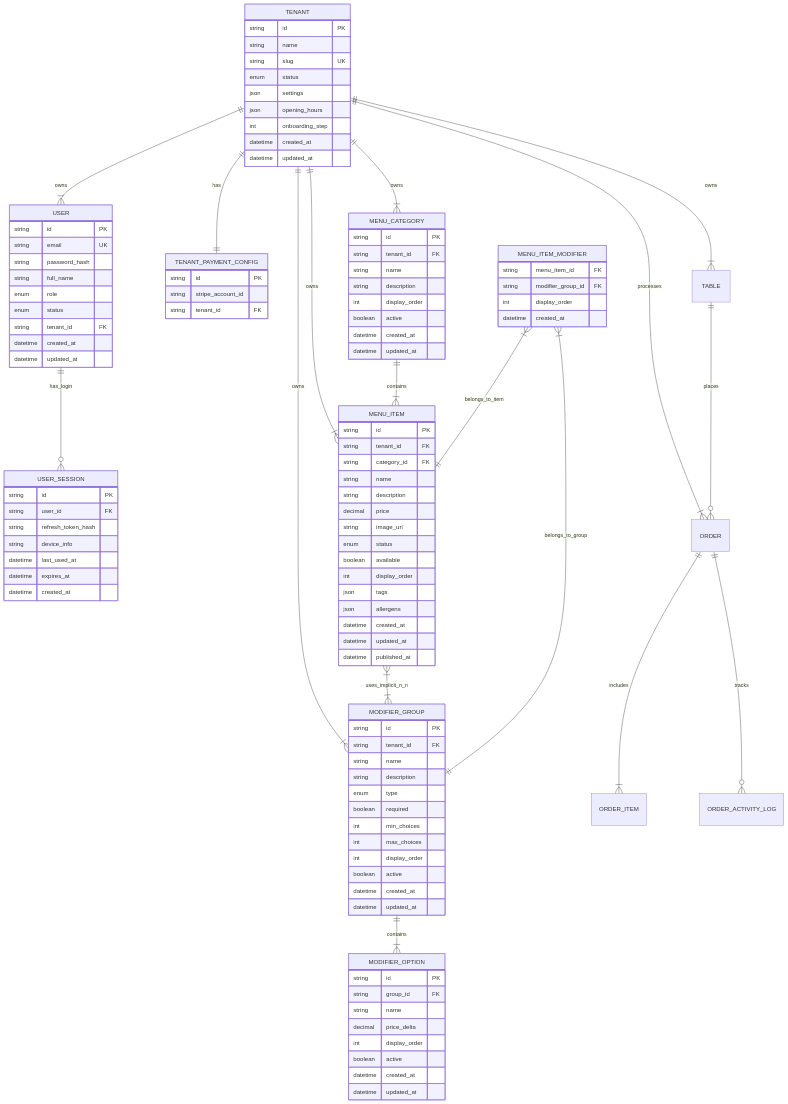
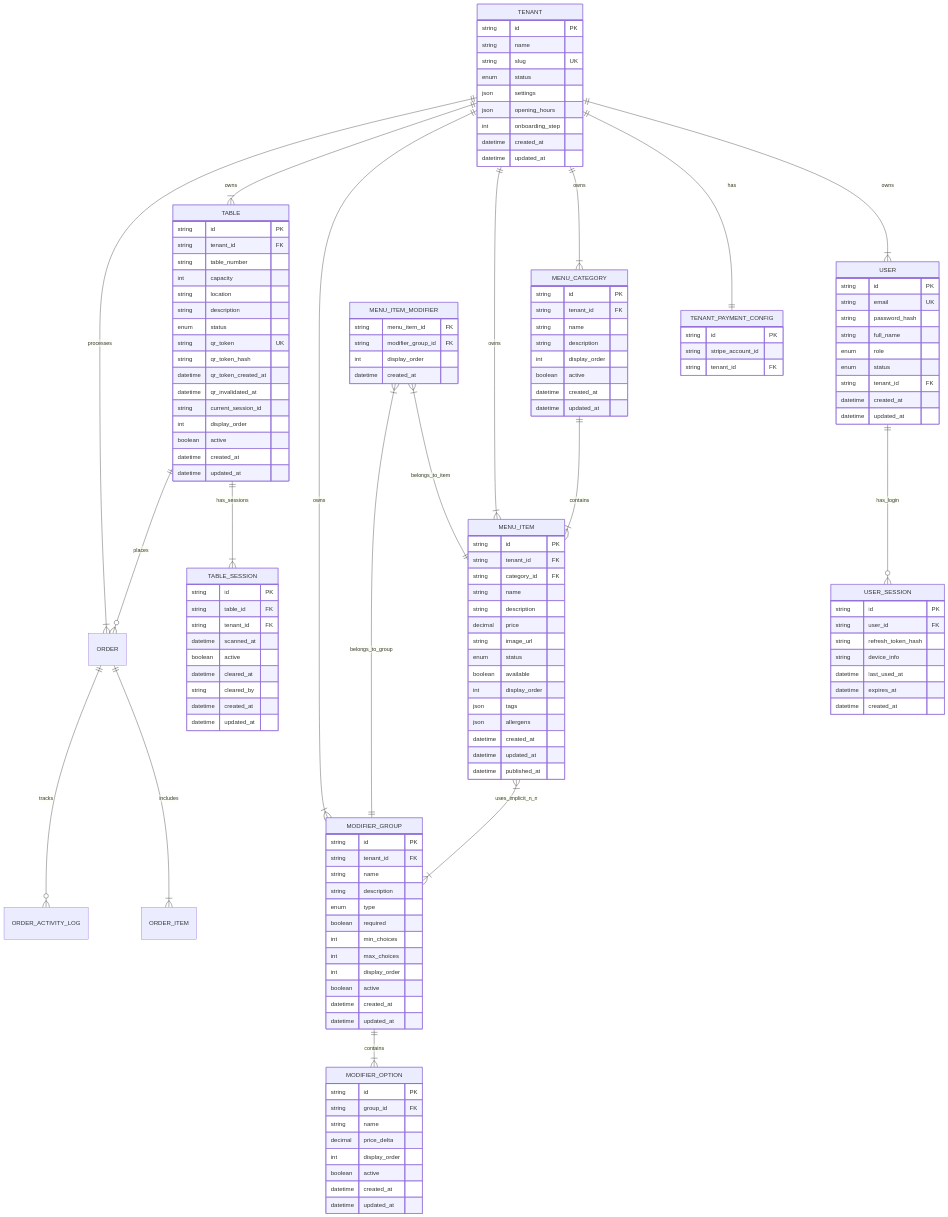
The diagram in docs/backend/database/er_diagram.md (tkob-team/TKOB_QROrderSystem), drawn with Mermaid before and after one commit. The commit also changed 1 other file, not shown here.

Commit message:
docs: update ERD and fix unused variable warning
- Update ER diagram with table module
- Remove unused handleSwitchRole in UserMenu

```diff
--- a/docs/backend/database/er_diagram.md
+++ b/docs/backend/database/er_diagram.md
@@ -118,8 +118,43 @@
     MENU_ITEM_MODIFIER }|--|| MENU_ITEM : belongs_to_item
     MENU_ITEM_MODIFIER }|--|| MODIFIER_GROUP : belongs_to_group
 
-    %% Các bảng khác (ORDER, TABLE, ORDER_ITEM, ORDER_ACTIVITY_LOG...) chưa điền thuộc tính
+    %% --- TABLE MANAGEMENT ---
+    TABLE {
+        string id PK
+        string tenant_id FK
+        string table_number
+        int capacity
+        string location
+        string description
+        enum status
+        string qr_token UK
+        string qr_token_hash
+        datetime qr_token_created_at
+        datetime qr_invalidated_at
+        string current_session_id
+        int display_order
+        boolean active
+        datetime created_at
+        datetime updated_at
+    }
+
+    TABLE_SESSION {
+        string id PK
+        string table_id FK
+        string tenant_id FK
+        datetime scanned_at
+        boolean active
+        datetime cleared_at
+        string cleared_by
+        datetime created_at
+        datetime updated_at
+    }
+
+    %% TABLE RELATIONS
     TENANT ||--|{ TABLE : owns
+    TABLE ||--|{ TABLE_SESSION : has_sessions
+
+    %% Các bảng khác (ORDER, ORDER_ITEM, ORDER_ACTIVITY_LOG...) chưa điền thuộc tính
     TENANT ||--|{ ORDER : processes
     TABLE ||--o{ ORDER : places
     ORDER ||--|{ ORDER_ITEM : includes
```
